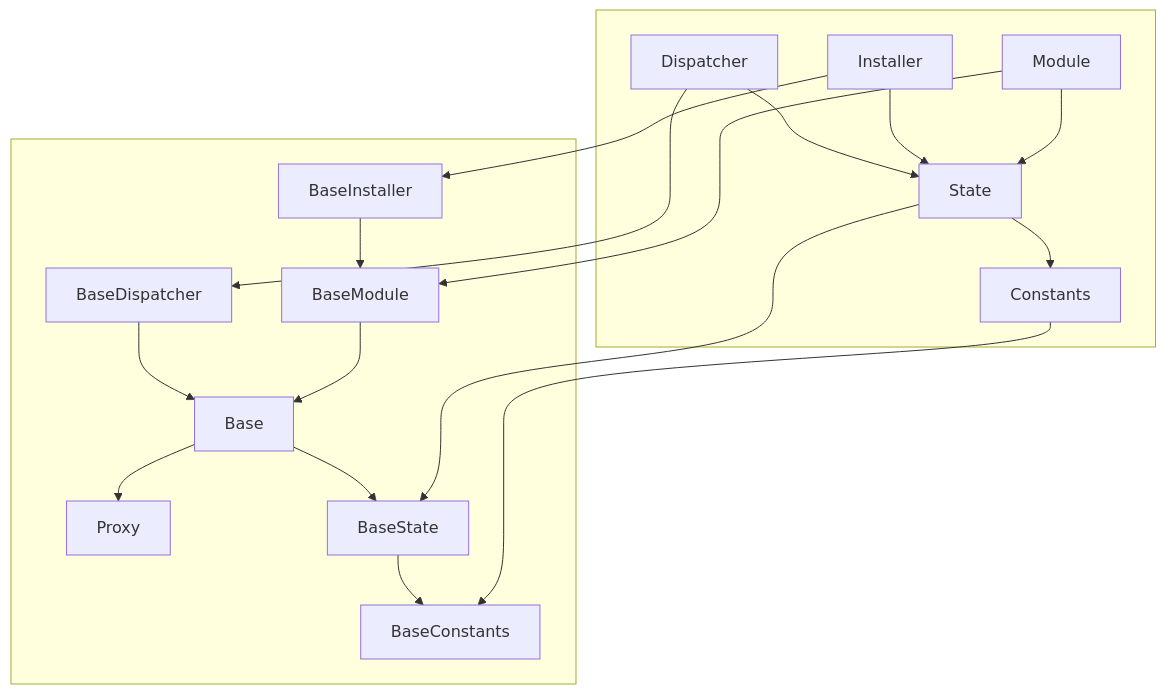
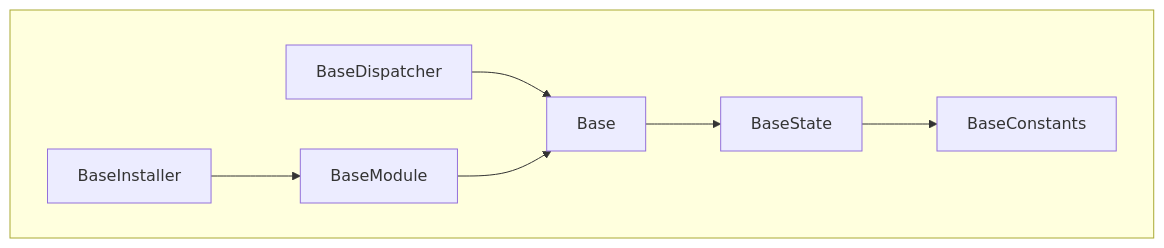
The diagram in README.md (chromaxyz/reflex), drawn with Mermaid before and after one commit. The commit also changed other lines of this file and 18 other files, not shown here.

````diff
--- a/README.md
+++ b/README.md
@@ -98,23 +66,11 @@
 ```mermaid
 graph TD
-    subgraph Application [ ]
-    Dispatcher --> State
-    Installer --> State
-    Module --> State
-    State --> Constants
-    end
+    subgraph Framework [ ]
 
-    subgraph Framework [ ]
-    Dispatcher --> BaseDispatcher
-    Installer --> BaseInstaller
-    Module --> BaseModule
     BaseInstaller --> BaseModule
     BaseDispatcher --> Base
     BaseModule --> Base
-    Base --> Proxy
     Base --> BaseState
     BaseState --> BaseConstants
-    State --> BaseState
-    Constants --> BaseConstants
     end
 ```
````
